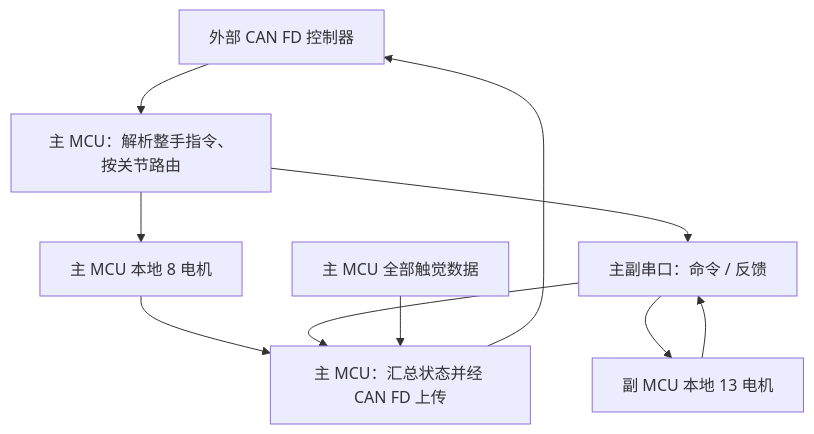
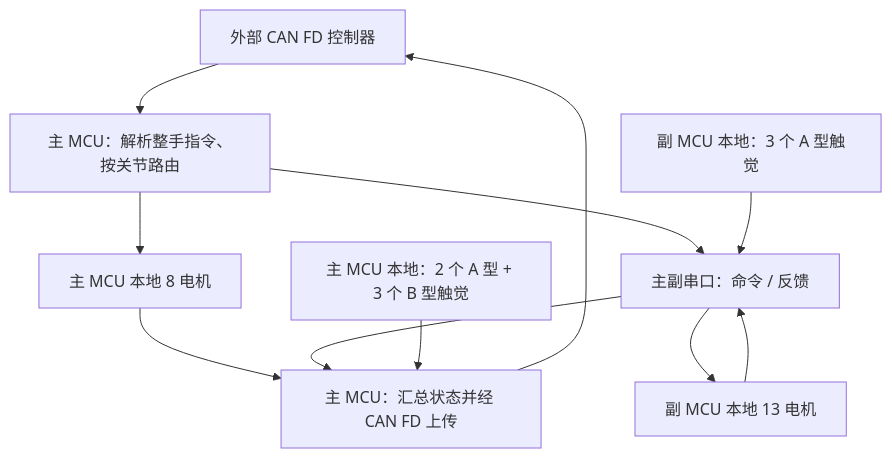
One commit to klsys777/plan_doce changed the third of 3 diagrams in 22自由度灵巧手嵌入式软件架构Ethercat版.md. Above: the diagram before and after it, drawn with Mermaid. The commit also changed other lines of this file and 2 other files, not shown here.

````diff
--- a/22自由度灵巧手嵌入式软件架构Ethercat版.md
+++ b/22自由度灵巧手嵌入式软件架构Ethercat版.md
@@ -93,16 +97,18 @@
 ```mermaid
 flowchart TB
     H["外部 CAN FD 控制器"]
     R["主 MCU：解析整手指令、按关节路由"]
     M["主 MCU 本地 8 电机"]
     L["主副串口：命令 / 反馈"]
     S["副 MCU 本地 13 电机"]
-    T["主 MCU 全部触觉数据"]
+    T["主 MCU 本地：2 个 A 型 + 3 个 B 型触觉"]
+    TS["副 MCU 本地：3 个 A 型触觉"]
     F["主 MCU：汇总状态并经 CAN FD 上传"]
 
     H --> R
     R --> M --> F
     R --> L --> S
     S --> L --> F
+    TS --> L
     T --> F --> H
 ```
````
